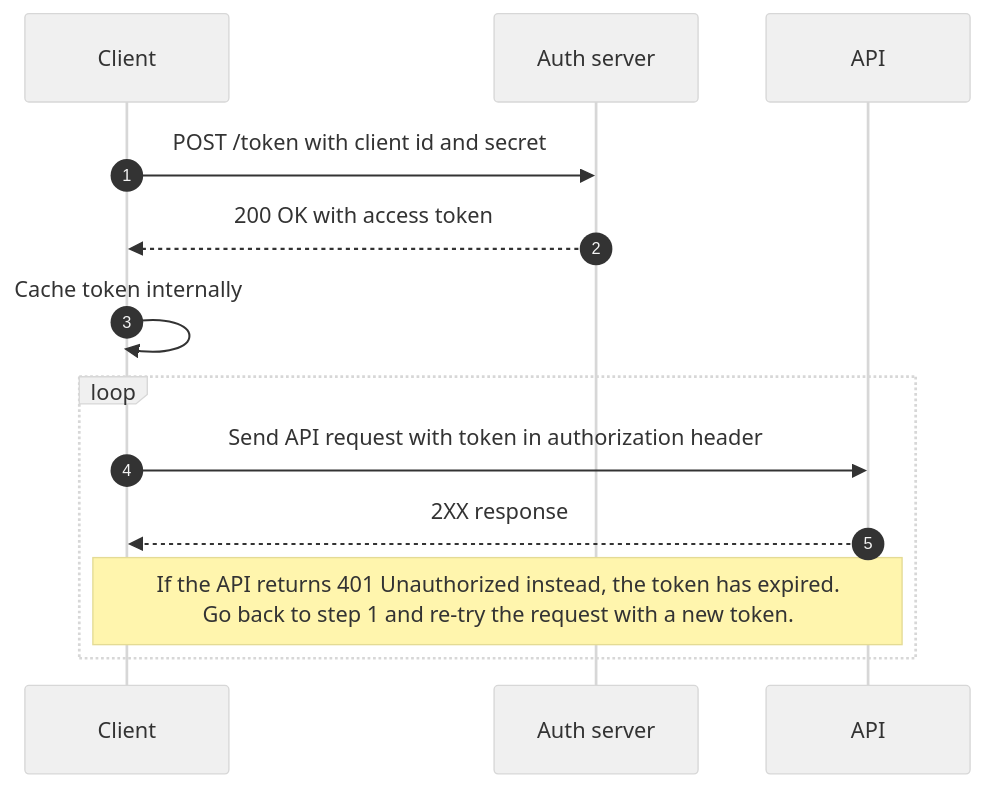
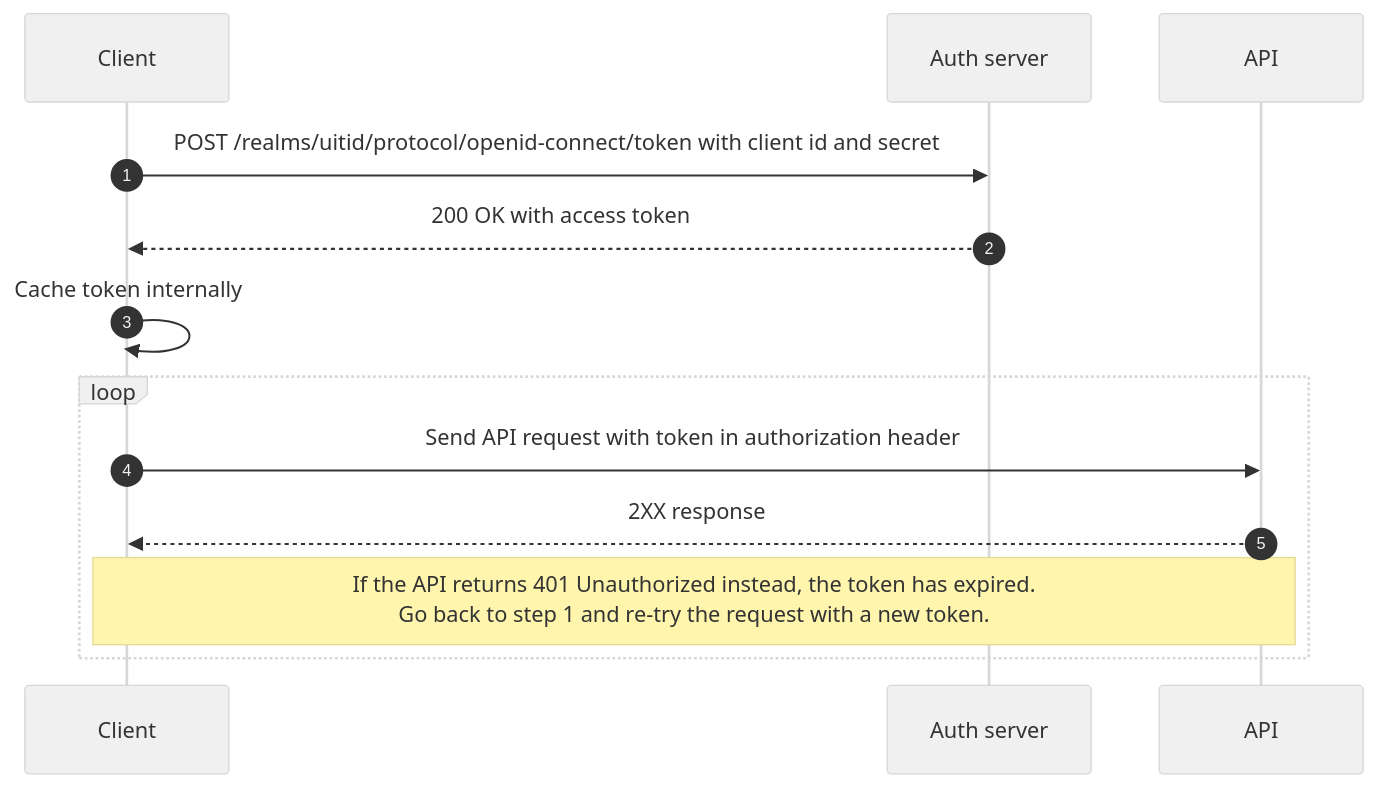
Before and after one commit to cultuurnet/apidocs: the diagram in projects/authentication/docs/client-access-token.md, drawn with Mermaid.

````diff
--- a/projects/authentication/docs/client-access-token.md
+++ b/projects/authentication/docs/client-access-token.md
@@ -31,13 +31,13 @@
 ```mermaid
 %%{init: {'theme':'base', 'themeVariables': { 'primaryColor': '#f0f0f0', 'fontFamily': 'Helvetica' }, 'sequence': { 'actorFontFamily': 'Helvetica', 'noteFontFamily': 'Helvetica', 'messageFontFamily': 'Helvetica' } }}%%
 sequenceDiagram
     autonumber
-    Client->>Auth server: POST /token with client id and secret
+    Client->>Auth server: POST /realms/uitid/protocol/openid-connect/token with client id and secret
     Auth server-->>Client: 200 OK with access token
     Client->>Client: Cache token internally
     loop
         Client->>API: Send API request with token in authorization header
         API-->>Client: 2XX response
         note over API,Client: If the API returns 401 Unauthorized instead, the token has expired.<br />Go back to step 1 and re-try the request with a new token.
     end
 ```
````
